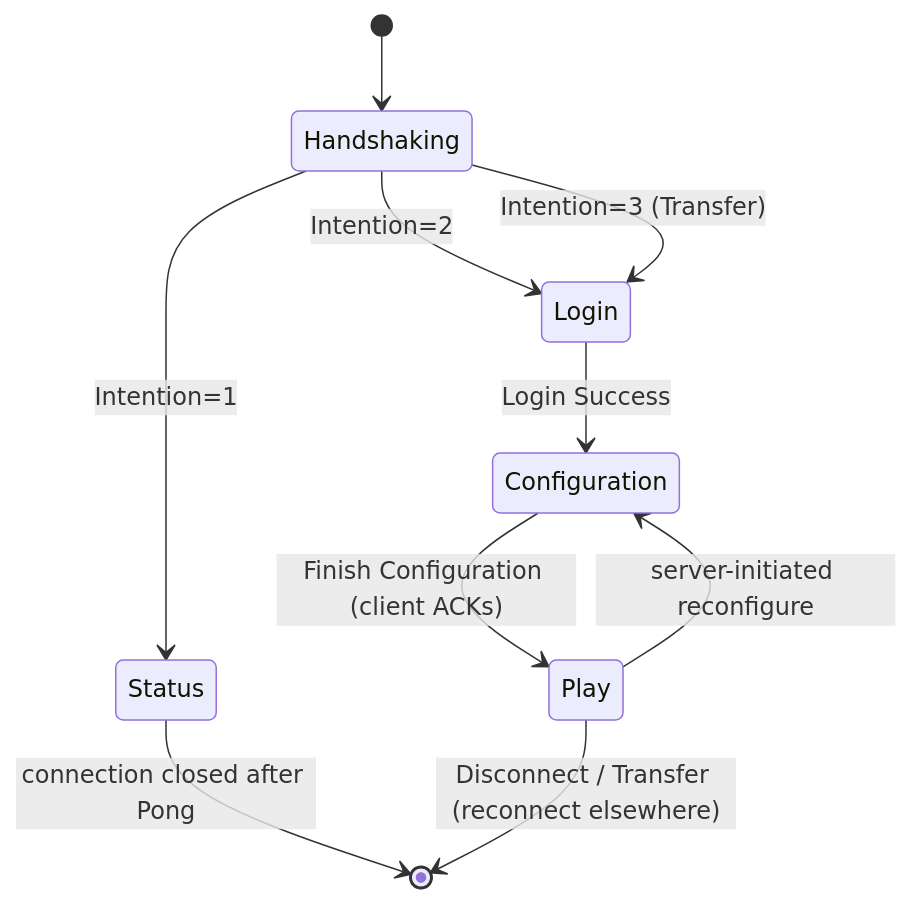
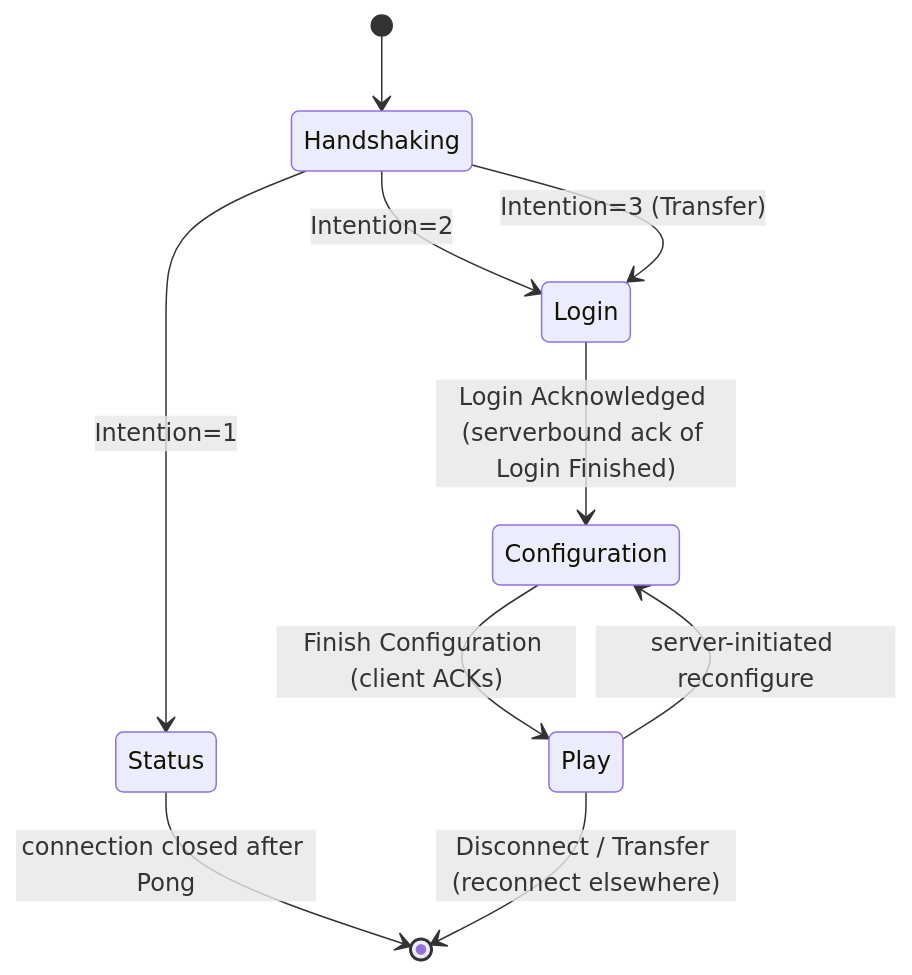
The first of 3 diagrams in docs/planning/02-protocol-networking.md (FynnAI/rusty-clanker), drawn with Mermaid before and after one commit. The commit also changed other lines of this file and 3 other files, not shown here.

````diff
--- a/docs/planning/02-protocol-networking.md
+++ b/docs/planning/02-protocol-networking.md
@@ -31,12 +31,12 @@
 ```mermaid
 stateDiagram-v2
     [*] --> Handshaking
     Handshaking --> Status: Intention=1
     Handshaking --> Login: Intention=2
     Handshaking --> Login: Intention=3 (Transfer)
     Status --> [*]: connection closed after Pong
-    Login --> Configuration: Login Success
+    Login --> Configuration: Login Acknowledged (serverbound ack of Login Finished)
     Configuration --> Play: Finish Configuration (client ACKs)
     Play --> Configuration: server-initiated reconfigure
     Play --> [*]: Disconnect / Transfer (reconnect elsewhere)
 ```
````
